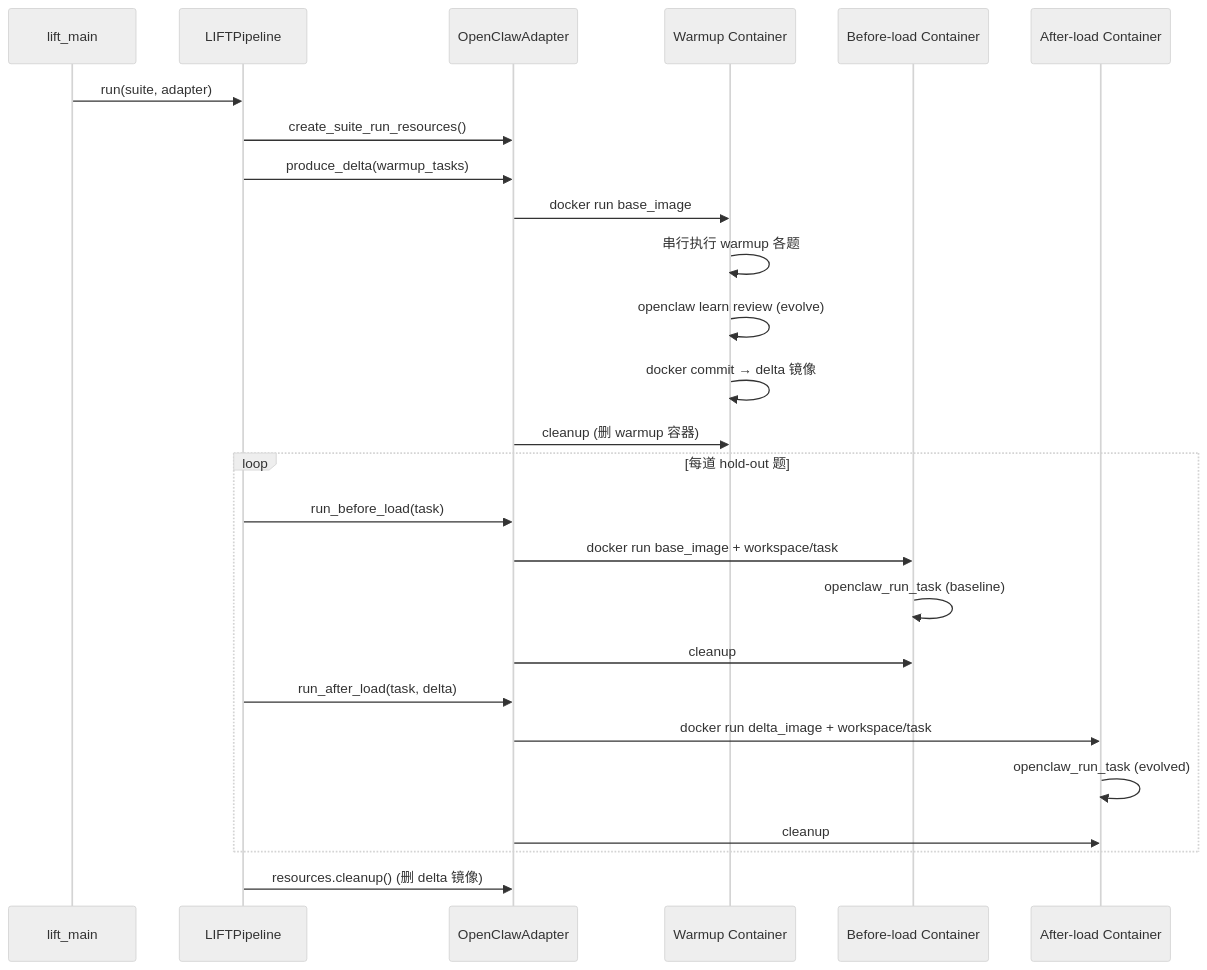
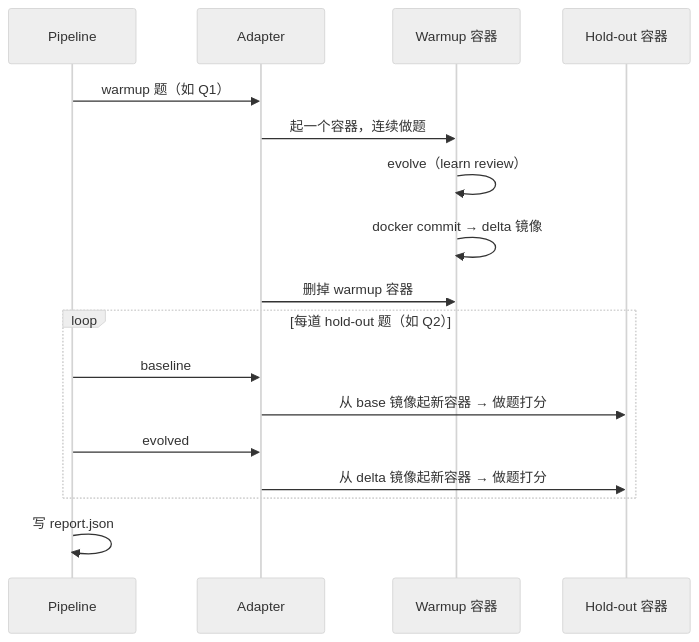
Before and after one commit to FeiZhuNiU-INFJA/LIFT: the diagram in docs/lift-framework-guide-cn.md, drawn with Mermaid (neutral theme). The commit also changed other lines of this file and 3 other files, not shown here.

````diff
--- a/docs/lift-framework-guide-cn.md
+++ b/docs/lift-framework-guide-cn.md
@@ -163,32 +46,22 @@
 ```mermaid
 sequenceDiagram
-    participant CLI as lift_main
-    participant Pipe as LIFTPipeline
-    participant Adp as OpenClawAdapter
-    participant W as Warmup Container
-    participant B as Before-load Container
-    participant A as After-load Container
+    participant P as Pipeline
+    participant A as Adapter
+    participant W as Warmup 容器
+    participant H as Hold-out 容器
 
-    CLI->>Pipe: run(suite, adapter)
-    Pipe->>Adp: create_suite_run_resources()
-    Pipe->>Adp: produce_delta(warmup_tasks)
-    Adp->>W: docker run base_image
-    W->>W: 串行执行 warmup 各题
-    W->>W: openclaw learn review (evolve)
+    P->>A: warmup 题（如 Q1）
+    A->>W: 起一个容器，连续做题
+    W->>W: evolve（learn review）
     W->>W: docker commit → delta 镜像
-    Adp->>W: cleanup (删 warmup 容器)
+    A->>W: 删掉 warmup 容器
 
-    loop 每道 hold-out 题
-        Pipe->>Adp: run_before_load(task)
-        Adp->>B: docker run base_image + workspace/task
-        B->>B: openclaw_run_task (baseline)
-        Adp->>B: cleanup
-
-        Pipe->>Adp: run_after_load(task, delta)
-        Adp->>A: docker run delta_image + workspace/task
-        A->>A: openclaw_run_task (evolved)
-        Adp->>A: cleanup
+    loop 每道 hold-out 题（如 Q2）
+        P->>A: baseline
+        A->>H: 从 base 镜像起新容器 → 做题打分
+        P->>A: evolved
+        A->>H: 从 delta 镜像起新容器 → 做题打分
     end
 
-    Pipe->>Adp: resources.cleanup() (删 delta 镜像)
+    P->>P: 写 report.json
 ```
````
